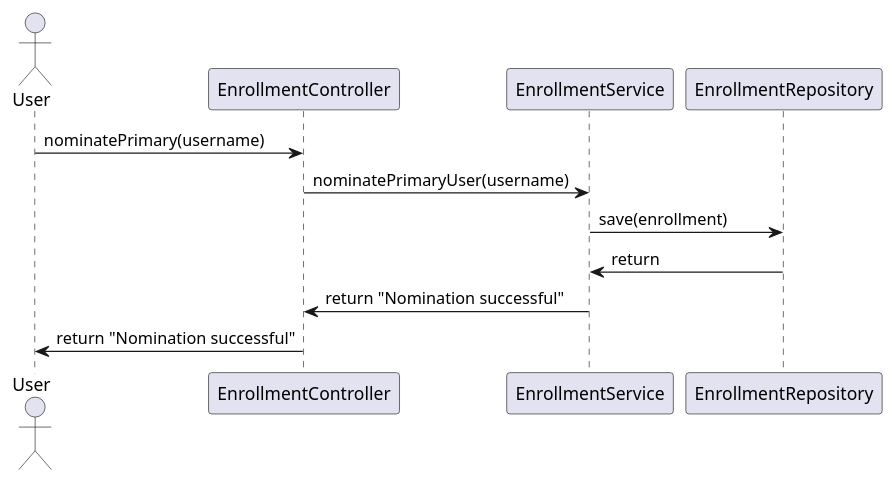
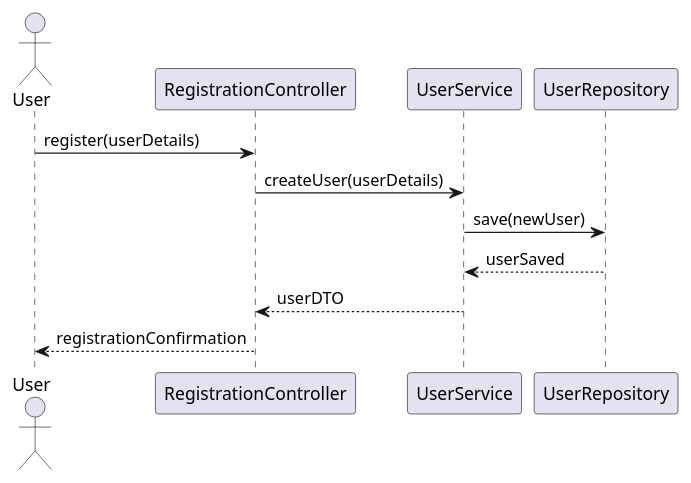
The first of 4 diagrams in enrollment/documentation/detaileddesign.adoc (Dinesh-s95/AutoDoc.ai), drawn with PlantUML before and after one commit. The commit also changed other lines of this file and 4 other files, not shown here.

```diff
--- a/enrollment/documentation/detaileddesign.adoc
+++ b/enrollment/documentation/detaileddesign.adoc
@@ -181,16 +182,16 @@
 [plantuml, user-registration-sequence, png]
 ----
 @startuml
 actor User
-participant "EnrollmentController" as Controller
-participant "EnrollmentService" as Service
-participant "EnrollmentRepository" as Repo
+participant "RegistrationController" as RC
+participant "UserService" as US
+participant "UserRepository" as UR
 
-User -> Controller : nominatePrimary(username)
-Controller -> Service : nominatePrimaryUser(username)
-Service -> Repo : save(enrollment)
-Repo -> Service : return
-Service -> Controller : return "Nomination successful"
-Controller -> User : return "Nomination successful"
+User -> RC : register(userDetails)
+RC -> US : createUser(userDetails)
+US -> UR : save(newUser)
+UR --> US : userSaved
+US --> RC : userDTO
+RC --> User : registrationConfirmation
 @enduml
 ----
```
